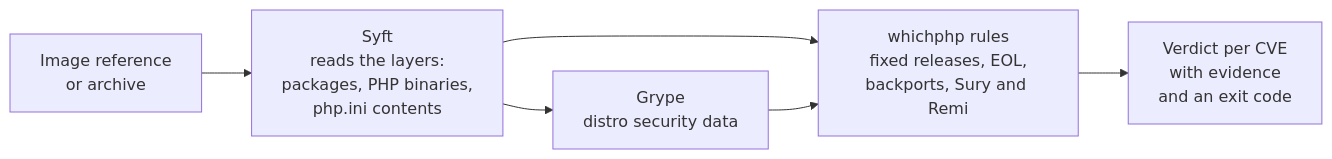
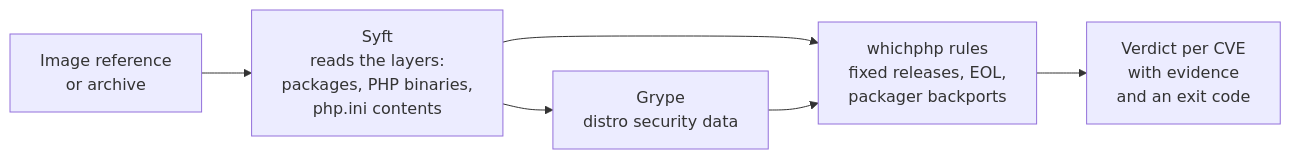
One commit to yusufyildiz34/whichphp changed the diagram in README.md. Above: the diagram before and after it, drawn with Mermaid. The commit also changed other lines of this file and 24 other files, not shown here.

````diff
--- a/README.md
+++ b/README.md
@@ -279,8 +280,8 @@
 ```mermaid
 flowchart LR
     A["Image reference<br>or archive"] --> B["Syft<br>reads the layers:<br>packages, PHP binaries,<br>php.ini contents"]
     B --> C["Grype<br>distro security data"]
-    B --> D["whichphp rules<br>fixed releases, EOL,<br>backports, Sury and Remi"]
+    B --> D["whichphp rules<br>fixed releases, EOL,<br>packager backports"]
     C --> D
     D --> E["Verdict per CVE<br>with evidence<br>and an exit code"]
 ```
````
